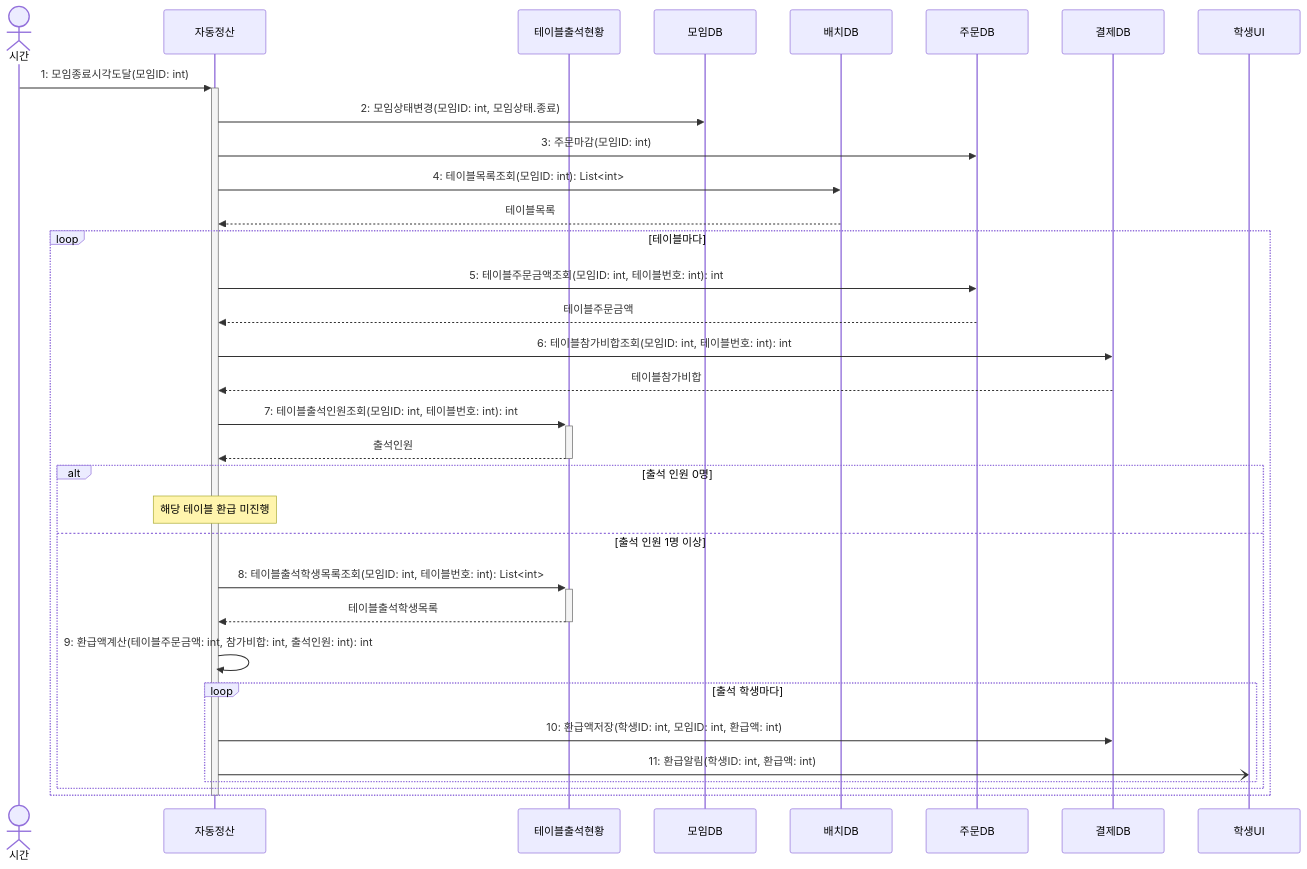
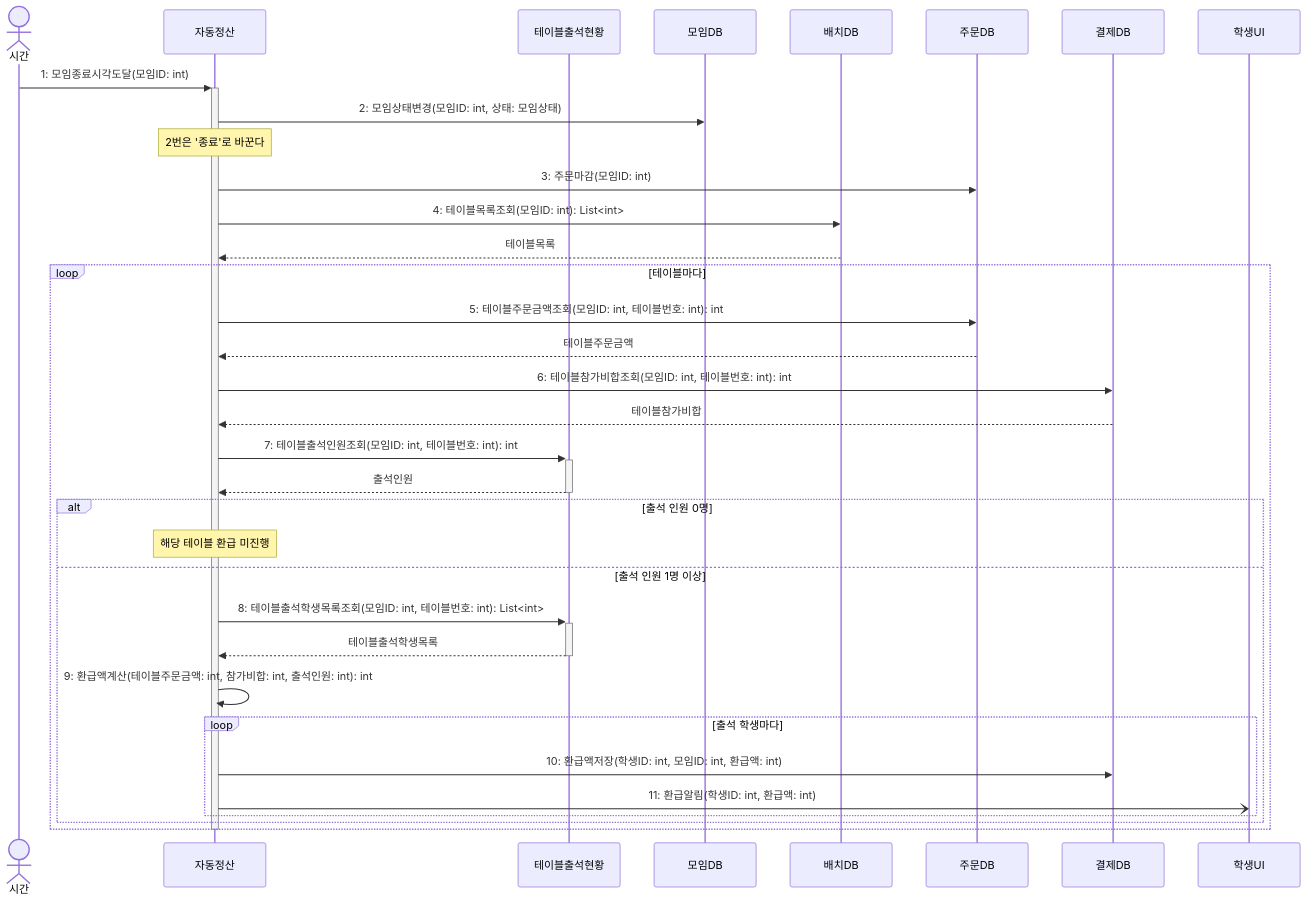
The diagram in sequence/seq-09.md (hojae3/sw-engineering-16), drawn with Mermaid before and after one commit. The commit also changed 35 other files, not shown here.

````diff
--- a/sequence/seq-09.md
+++ b/sequence/seq-09.md
@@ -26,39 +26,40 @@
 ```mermaid
 sequenceDiagram
     actor 시간
     participant 정산 as 자동정산
     participant 현황 as 테이블출석현황
     participant 모임DB as 모임DB
     participant 배치DB as 배치DB
     participant 주문DB as 주문DB
     participant 결제DB as 결제DB
     participant 학생UI as 학생UI
 
     시간->>+정산: 1: 모임종료시각도달(모임ID: int)
-    정산->>모임DB: 2: 모임상태변경(모임ID: int, 모임상태.종료)
+    정산->>모임DB: 2: 모임상태변경(모임ID: int, 상태: 모임상태)
+    Note over 정산: 2번은 '종료'로 바꾼다
     정산->>주문DB: 3: 주문마감(모임ID: int)
     정산->>배치DB: 4: 테이블목록조회(모임ID: int): List<int>
     배치DB-->>정산: 테이블목록
     
     loop 테이블마다
         정산->>주문DB: 5: 테이블주문금액조회(모임ID: int, 테이블번호: int): int
         주문DB-->>정산: 테이블주문금액
         정산->>결제DB: 6: 테이블참가비합조회(모임ID: int, 테이블번호: int): int
         결제DB-->>정산: 테이블참가비합
         정산->>+현황: 7: 테이블출석인원조회(모임ID: int, 테이블번호: int): int
         현황-->>-정산: 출석인원
         
         alt 출석 인원 0명
             Note over 정산: 해당 테이블 환급 미진행
         else 출석 인원 1명 이상
             정산->>+현황: 8: 테이블출석학생목록조회(모임ID: int, 테이블번호: int): List<int>
             현황-->>-정산: 테이블출석학생목록
             정산->>정산: 9: 환급액계산(테이블주문금액: int, 참가비합: int, 출석인원: int): int
             loop 출석 학생마다
                 정산->>결제DB: 10: 환급액저장(학생ID: int, 모임ID: int, 환급액: int)
                 정산-)학생UI: 11: 환급알림(학생ID: int, 환급액: int)
             end
         end
     end
     deactivate 정산
 ```
````
